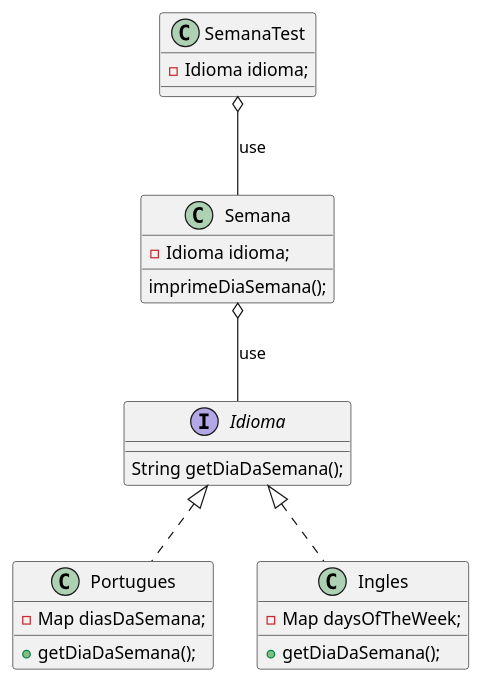
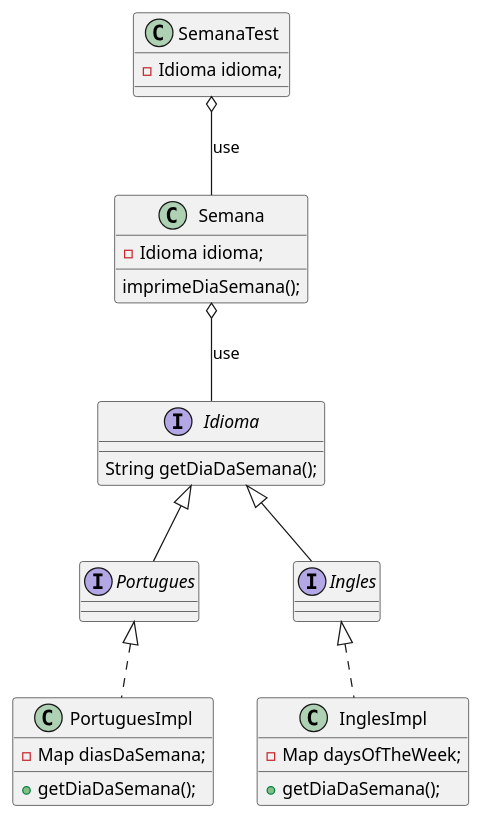
Before and after one commit to diogo-meneses-franca/atividade-avaliativa-construcao-de-software-solid-ifpr: the diagram in atividade-avaliativa-solid-cs/src/main/java/org/example/ex3/ex3.puml, drawn with PlantUML. The commit also changed 7 other files, not shown here.

Commit message:
Feita a inversão de dependência nas classes Portugues e Ingles.

```diff
--- a/atividade-avaliativa-solid-cs/src/main/java/org/example/ex3/ex3.puml
+++ b/atividade-avaliativa-solid-cs/src/main/java/org/example/ex3/ex3.puml
@@ -1,28 +1,33 @@
 @startuml
 
 class SemanaTest{
     -Idioma idioma;
 }
 
 class Semana{
     -Idioma idioma;
     imprimeDiaSemana();
 }
 
 Semana o-- Idioma : use
 SemanaTest o-- Semana: use
 
 interface Idioma{
     String getDiaDaSemana();
 }
-class Portugues implements Idioma{
+
+interface Portugues extends Idioma{}
+
+class PortuguesImpl implements Portugues{
     -Map diasDaSemana;
     +getDiaDaSemana();
 }
 
-class Ingles implements Idioma{
+interface Ingles extends Idioma{}
+
+class InglesImpl implements Ingles{
     -Map daysOfTheWeek;
     +getDiaDaSemana();
 }
 
 @enduml
```
